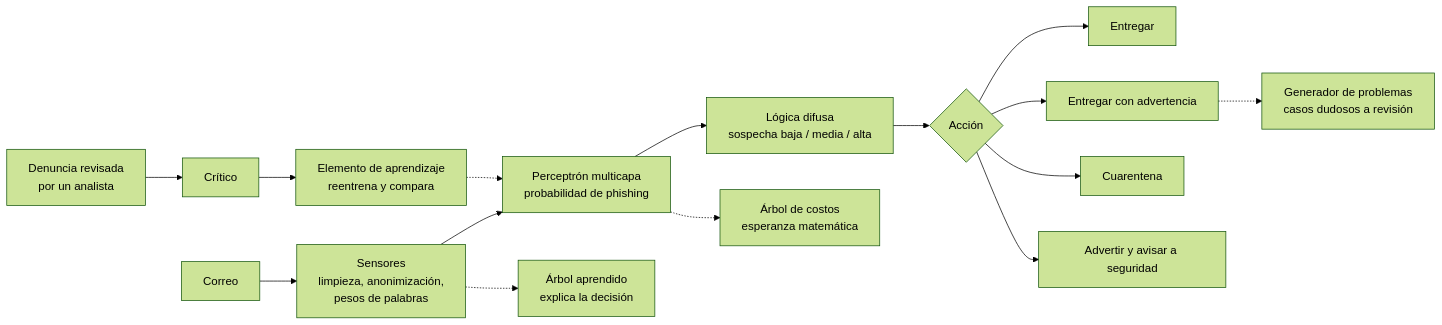
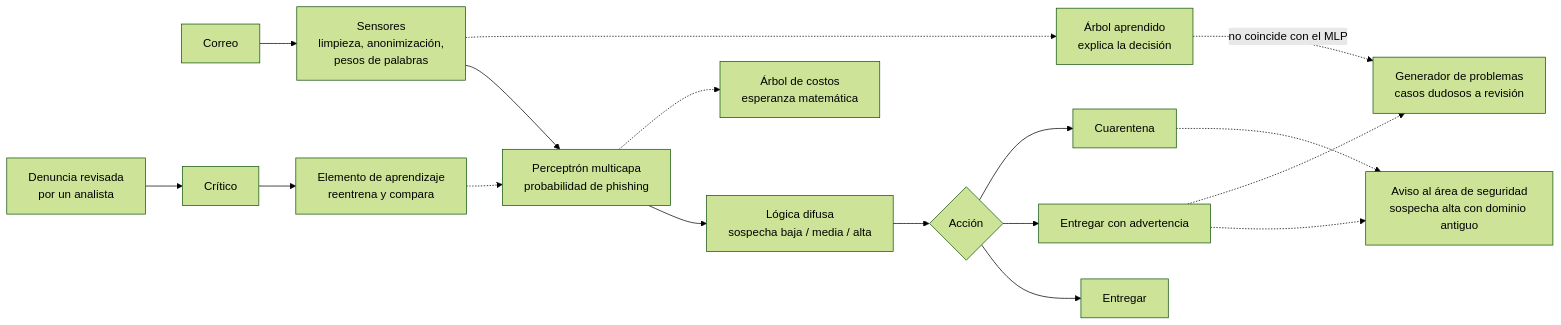
Before and after one commit to 1ReconARG/tp-ia-deteccion-phishing: the diagram in README.md, drawn with Mermaid (forest theme). The commit also changed other lines of this file and 4 other files, not shown here.

````diff
--- a/README.md
+++ b/README.md
@@ -15,17 +15,19 @@
 ```mermaid
 flowchart LR
     C[Correo] --> S[Sensores<br/>limpieza, anonimización,<br/>pesos de palabras]
     S --> M[Perceptrón multicapa<br/>probabilidad de phishing]
     M --> D[Lógica difusa<br/>sospecha baja / media / alta]
     D --> A{Acción}
     A --> E1[Entregar]
     A --> E2[Entregar con advertencia]
     A --> E3[Cuarentena]
-    A --> E4[Advertir y avisar a seguridad]
+    E2 -.-> AV[Aviso al área de seguridad<br/>sospecha alta con dominio antiguo]
+    E3 -.-> AV
     M -.-> AC[Árbol de costos<br/>esperanza matemática]
     S -.-> AR[Árbol aprendido<br/>explica la decisión]
     E2 -.-> G[Generador de problemas<br/>casos dudosos a revisión]
+    AR -.->|no coincide con el MLP| G
     U[Denuncia revisada<br/>por un analista] --> CR[Crítico]
     CR --> EA[Elemento de aprendizaje<br/>reentrena y compara]
     EA -.-> M
 ```
````
